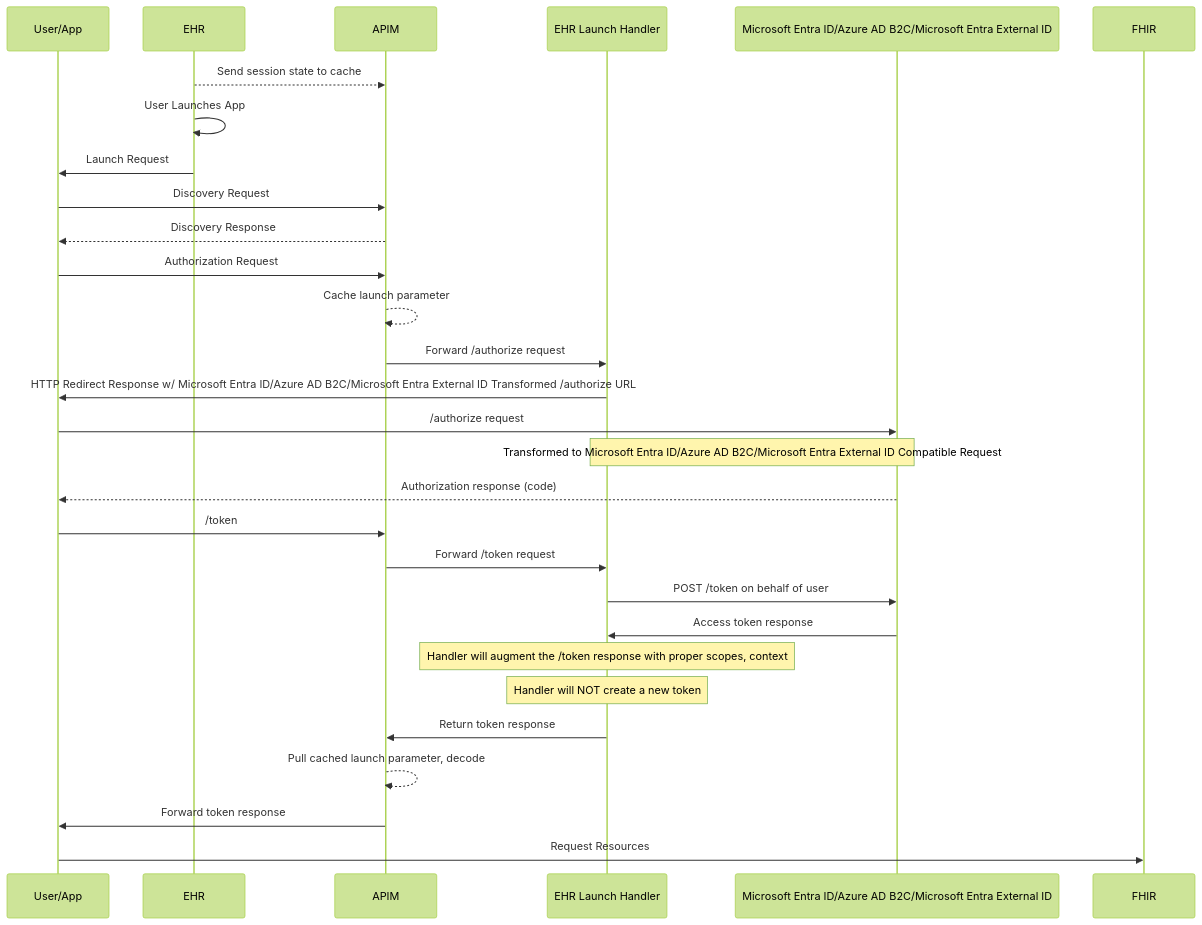
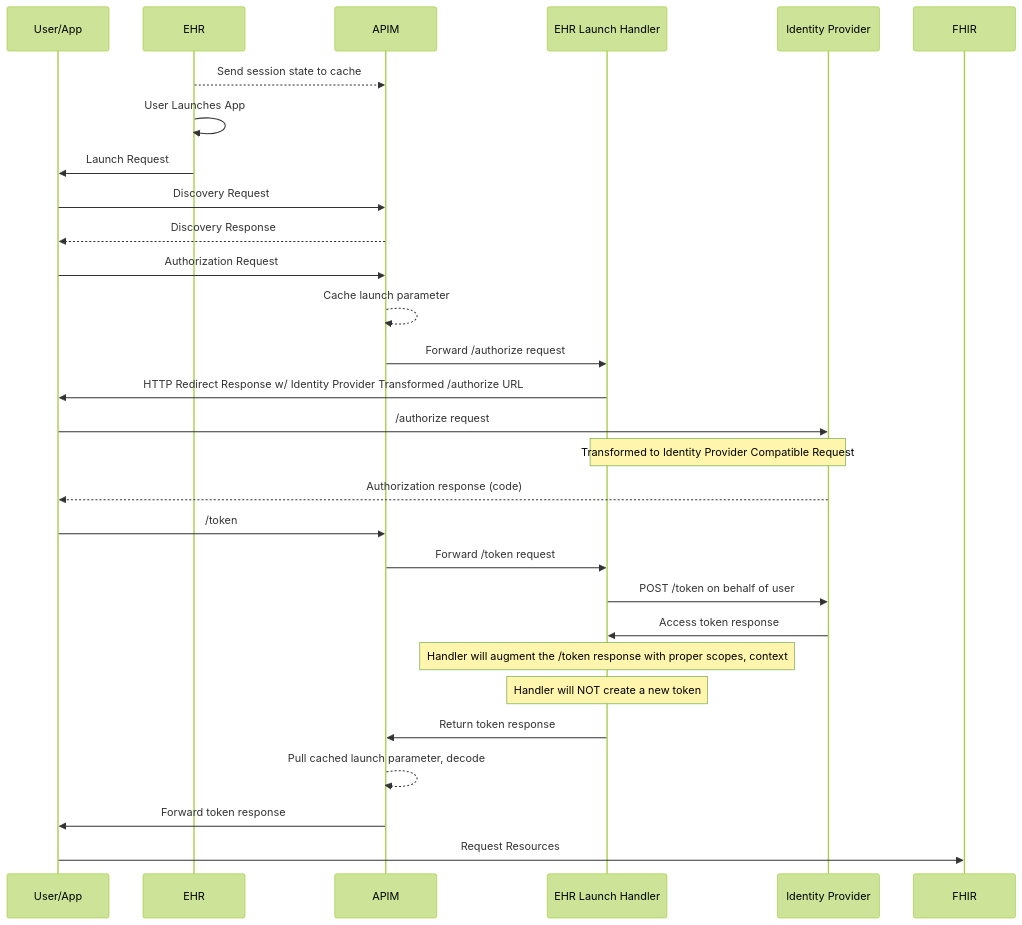
The second of 3 diagrams in samples/smartonfhir/docs/technical-guide.md (Azure-Samples/azure-health-data-and-ai-samples), drawn with Mermaid (forest theme) before and after one commit. The commit also changed other lines of this file and 7 other files, not shown here.

Commit message:
Document refactoring for Entra External ID Implementation

````diff
--- a/samples/smartonfhir/docs/technical-guide.md
+++ b/samples/smartonfhir/docs/technical-guide.md
@@ -60,32 +60,32 @@
 ```mermaid
   sequenceDiagram
     participant User/App
     participant EHR
     participant APIM
     participant EHR Launch Handler
-    participant Microsoft Entra ID/Azure AD B2C/Microsoft Entra External ID
+    participant Identity Provider
 
     EHR -->> APIM: Send session state to cache
     EHR ->> EHR: User Launches App
     EHR ->> User/App: Launch Request
 
     User/App ->> APIM: Discovery Request
     APIM -->> User/App: Discovery Response
     User/App ->> APIM:  Authorization Request
     APIM -->> APIM: Cache launch parameter
     APIM ->> EHR Launch Handler: Forward /authorize request    
-    EHR Launch Handler ->> User/App: HTTP Redirect Response w/ Microsoft Entra ID/Azure AD B2C/Microsoft Entra External ID Transformed /authorize URL
-    User/App ->> Microsoft Entra ID/Azure AD B2C/Microsoft Entra External ID: /authorize request
-    note over EHR Launch Handler, Microsoft Entra ID/Azure AD B2C/Microsoft Entra External ID: Transformed to Microsoft Entra ID/Azure AD B2C/Microsoft Entra External ID Compatible Request
-    Microsoft Entra ID/Azure AD B2C/Microsoft Entra External ID -->> User/App: Authorization response (code)
+    EHR Launch Handler ->> User/App: HTTP Redirect Response w/ Identity Provider Transformed /authorize URL
+    User/App ->> Identity Provider: /authorize request
+    note over EHR Launch Handler, Identity Provider: Transformed to Identity Provider Compatible Request
+    Identity Provider -->> User/App: Authorization response (code)
     User/App ->> APIM: /token
     APIM ->> EHR Launch Handler: Forward /token request
-    EHR Launch Handler ->> Microsoft Entra ID/Azure AD B2C/Microsoft Entra External ID: POST /token on behalf of user
-    Microsoft Entra ID/Azure AD B2C/Microsoft Entra External ID ->> EHR Launch Handler: Access token response
+    EHR Launch Handler ->> Identity Provider: POST /token on behalf of user
+    Identity Provider ->> EHR Launch Handler: Access token response
     note over EHR Launch Handler: Handler will augment the /token response with proper scopes, context
     note over EHR Launch Handler: Handler will NOT create a new token
     EHR Launch Handler ->> APIM: Return token response
     APIM -->> APIM: Pull cached launch parameter, decode
     APIM ->> User/App: Forward token response
     User/App ->> FHIR: Request Resources
 ```
````
